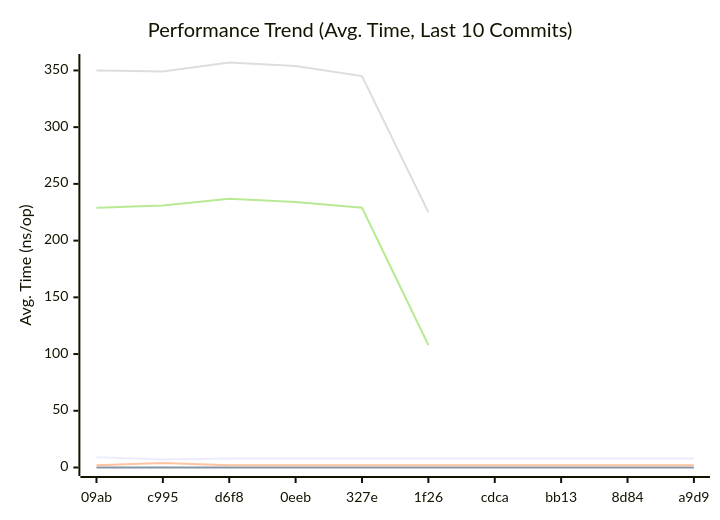
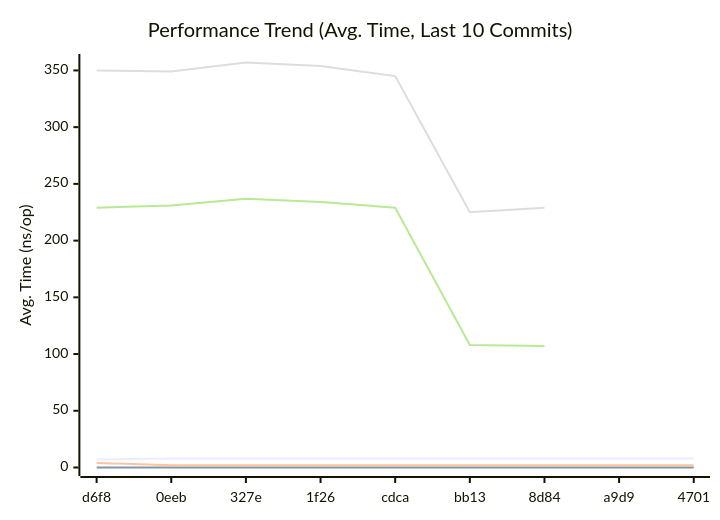
The first of 3 diagrams in doc/README.md (alsotoes/momo), drawn with Mermaid before and after one commit. The commit also changed other lines of this file and 1 other file, not shown here.

````diff
--- a/doc/README.md
+++ b/doc/README.md
@@ -296,12 +296,12 @@
 ```mermaid
 xychart-beta
     title "Performance Trend (Avg. Time, Last 10 Commits)"
     x-axis "Commit"
     y-axis "Avg. Time (ns/op)"
-    x-axis [09ab,c995,d6f8,0eeb,327e,1f26,cdca,bb13,8d84,a9d9]
-    line "CheckMetricsAndSwap" [9,7,8,8,8,8,8,8,8,8]
+    x-axis [d6f8,0eeb,327e,1f26,cdca,bb13,8d84,a9d9,4701]
+    line "CheckMetricsAndSwap" [7,8,8,8,8,8,8,8,8,9]
     line "IndexDirectTracking" [0,0,0,0,0,0,0,0,0,0]
-    line "IndexSearch" [2,4,2,2,2,2,2,2,2,2]
-    line "ParseReplicationOrder_NoPrealloc" [350,349,357,354,345,225]
-    line "ParseReplicationOrder_Prealloc" [229,231,237,234,229,108]
+    line "IndexSearch" [4,2,2,2,2,2,2,2,2,2]
+    line "ParseReplicationOrder_NoPrealloc" [350,349,357,354,345,225,229]
+    line "ParseReplicationOrder_Prealloc" [229,231,237,234,229,108,107]
 ```
````
